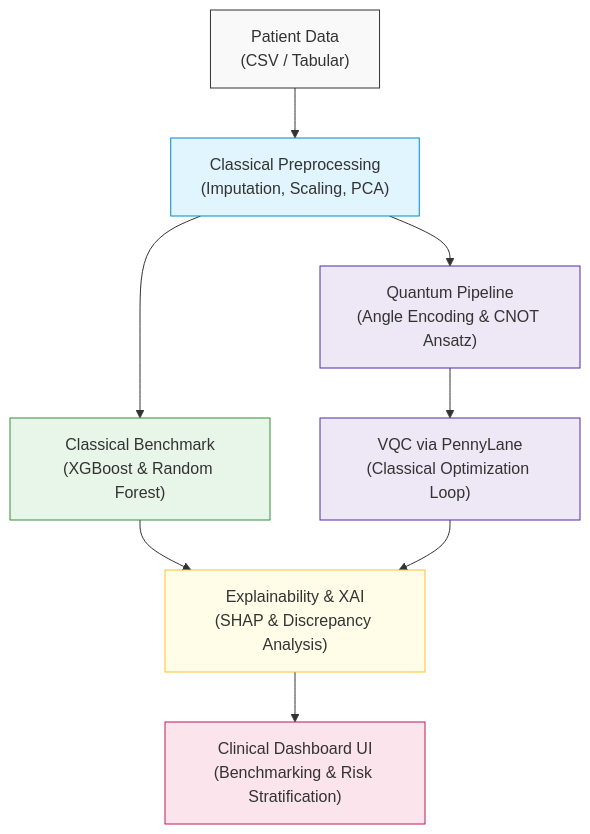
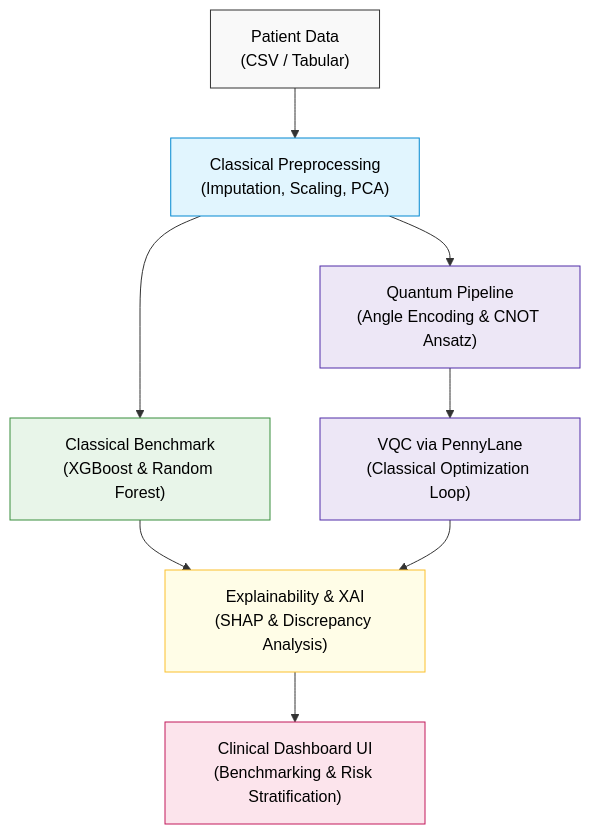
Before and after one commit to Discos1ty/MAGI: the diagram in README.md, drawn with Mermaid.

````diff
--- a/README.md
+++ b/README.md
@@ -21,22 +21,22 @@
 ```mermaid
 flowchart TD
     A["Patient Data<br>(CSV / Tabular)"] --> B["Classical Preprocessing<br>(Imputation, Scaling, PCA)"]
     
     B --> C["Classical Benchmark<br>(XGBoost & Random Forest)"]
     B --> D["Quantum Pipeline<br>(Angle Encoding & CNOT Ansatz)"]
     
     D --> D1["VQC via PennyLane<br>(Classical Optimization Loop)"]
     
     C --> E["Explainability & XAI<br>(SHAP & Discrepancy Analysis)"]
     D1 --> E
     
     E --> F["Clinical Dashboard UI<br>(Benchmarking & Risk Stratification)"]
 
-    style A fill:#f9f9f9,stroke:#333,stroke-width:1px
-    style B fill:#e1f5fe,stroke:#0288d1,stroke-width:1px
-    style C fill:#e8f5e9,stroke:#388e3c,stroke-width:1px
-    style D fill:#ede7f6,stroke:#512da8,stroke-width:1px
-    style D1 fill:#ede7f6,stroke:#512da8,stroke-width:1px
-    style E fill:#fffde7,stroke:#fbc02d,stroke-width:1px
-    style F fill:#fce4ec,stroke:#c2185b,stroke-width:1px
+    style A fill:#f9f9f9,stroke:#333,stroke-width:1px,color:#000000
+    style B fill:#e1f5fe,stroke:#0288d1,stroke-width:1px,color:#000000
+    style C fill:#e8f5e9,stroke:#388e3c,stroke-width:1px,color:#000000
+    style D fill:#ede7f6,stroke:#512da8,stroke-width:1px,color:#000000
+    style D1 fill:#ede7f6,stroke:#512da8,stroke-width:1px,color:#000000
+    style E fill:#fffde7,stroke:#fbc02d,stroke-width:1px,color:#000000
+    style F fill:#fce4ec,stroke:#c2185b,stroke-width:1px,color:#000000
 ```
````
